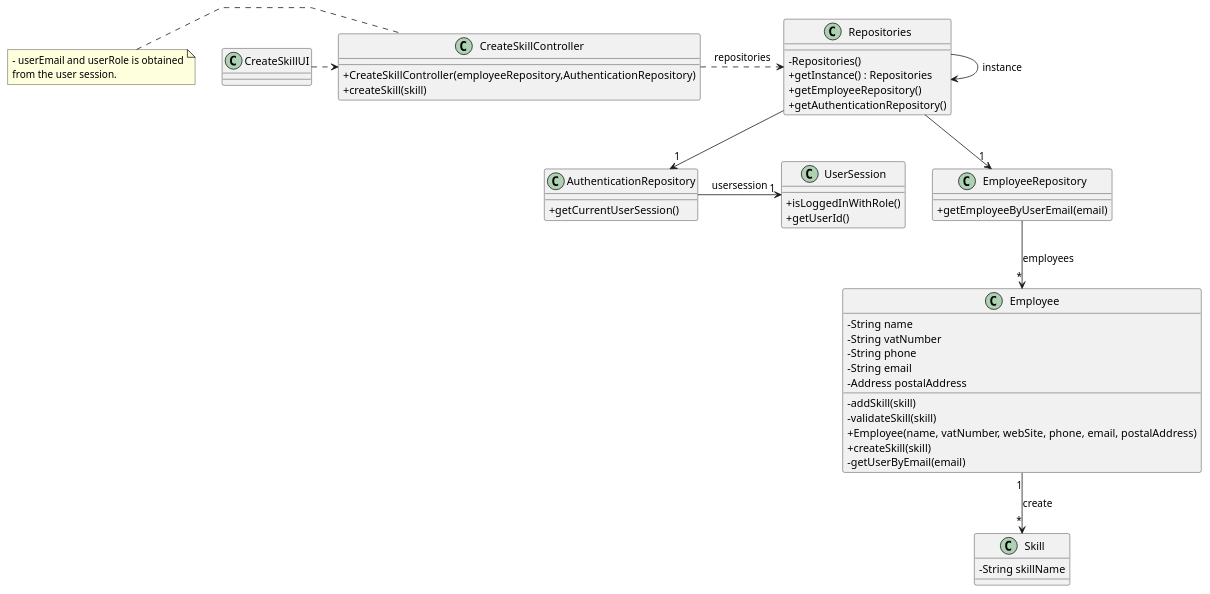
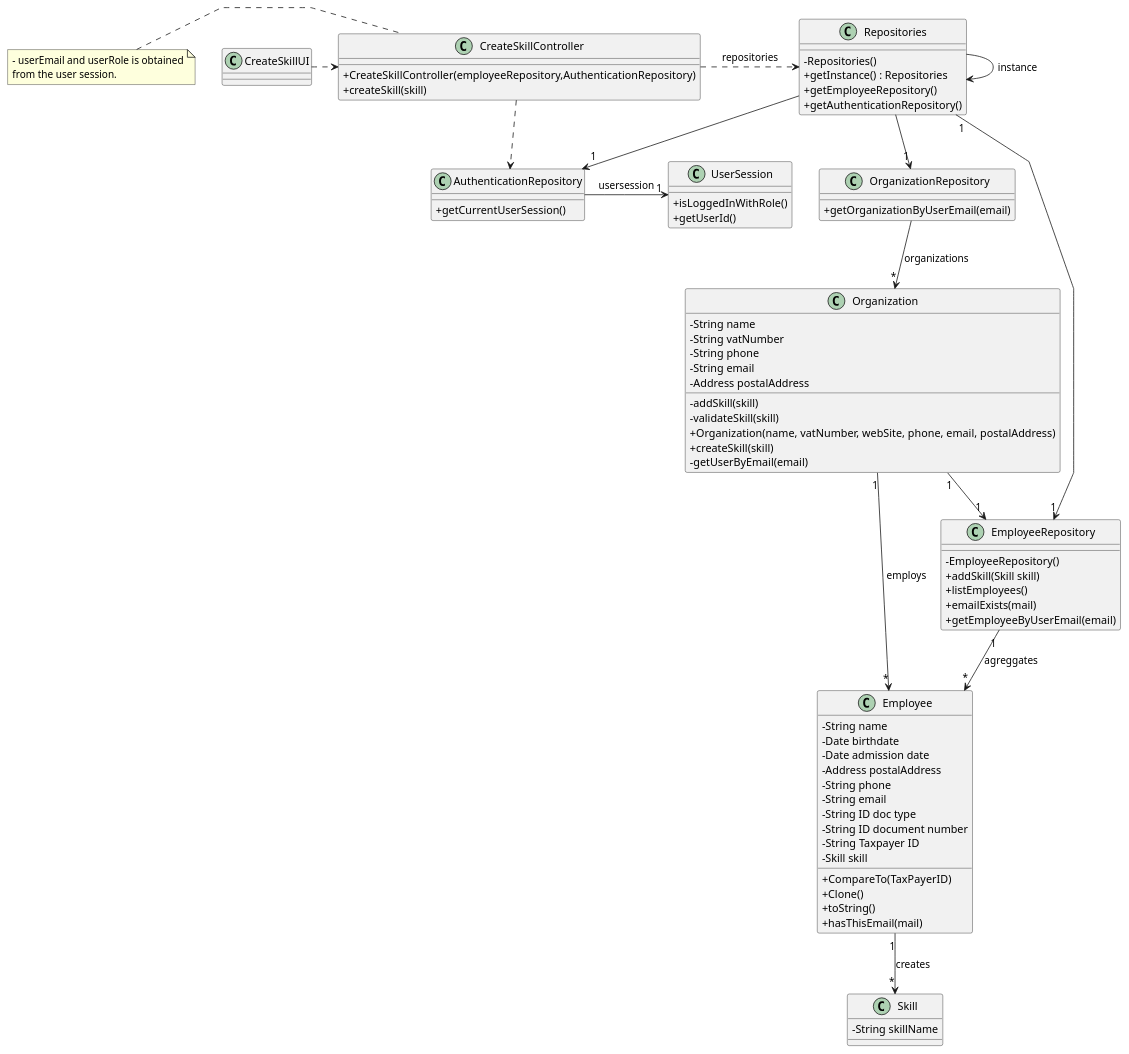
One commit to Mendoncaa/LAPR2 changed the diagram in docs/sprintC/us001/03.design/puml/us001-class-diagram.puml. Above: the diagram before and after it, drawn with PlantUML. The commit also changed 3 other files, not shown here.

Commit message:
Update classe diagram and system sequence diagram (US01); Update class diagram US04

```diff
--- a/docs/sprintC/us001/03.design/puml/us001-class-diagram.puml
+++ b/docs/sprintC/us001/03.design/puml/us001-class-diagram.puml
@@ -1,81 +1,109 @@
 @startuml
 'skinparam monochrome true
 skinparam packageStyle rectangle
 skinparam shadowing false
 skinparam linetype polyline
 'skinparam linetype orto
 
 skinparam classAttributeIconSize 0
 
 'left to right direction
 
 class CreateSkillUI {
 }
 
 class CreateSkillController {
     + CreateSkillController(employeeRepository,AuthenticationRepository)
     + createSkill(skill)
 
 }
 
 class Repositories {
     - Repositories()
     + getInstance() : Repositories
     + getEmployeeRepository()
     + getAuthenticationRepository()
 }
 
 class AuthenticationRepository {
     + getCurrentUserSession()
 }
 
 class UserSession {
     + isLoggedInWithRole()
     + getUserId()
 }
 
+class OrganizationRepository {
+    + getOrganizationByUserEmail(email)
+}
 
-class Employee {
+class Organization {
     - String name
     - String vatNumber
     - String phone
     - String email
     - Address postalAddress
     - addSkill(skill)
     - validateSkill(skill)
-    + Employee(name, vatNumber, webSite, phone, email, postalAddress)
+    + Organization(name, vatNumber, webSite, phone, email, postalAddress)
     + createSkill(skill)
     - getUserByEmail(email)
 
 }
 
+class EmployeeRepository {
+    - EmployeeRepository()
+    + addSkill(Skill skill)
+    + listEmployees()
+    + emailExists(mail)
+    + getEmployeeByUserEmail(email)
+}
 
-class EmployeeRepository {
-    + getEmployeeByUserEmail(email)
+class Employee {
+    - String name
+    - Date birthdate
+    - Date admission date
+    - Address postalAddress
+    - String phone
+    - String email
+    - String ID doc type
+    - String ID document number
+    - String Taxpayer ID
+    - Skill skill
+    + CompareTo(TaxPayerID)
+    + Clone()
+    + toString()
+    + hasThisEmail(mail)
 }
 
 
 class Skill {
     - String skillName
 }
 
 note left of CreateSkillController
     - userEmail and userRole is obtained
     from the user session.
 end note
 
 
 
 
 Repositories -> Repositories : instance
 CreateSkillUI .> CreateSkillController
 CreateSkillController .> Repositories : repositories
-Repositories --> "1" EmployeeRepository
-EmployeeRepository --> "*" Employee : employees
+Repositories --> "1" OrganizationRepository
+OrganizationRepository --> "*" Organization : organizations
 AuthenticationRepository -> "1" UserSession : usersession
 Repositories --> "1" AuthenticationRepository
-Employee "1" --> "*" Skill : create
+Employee "1" --> "*" Skill : creates
+Repositories "1" --> "1" EmployeeRepository
+Organization "1" --> "*" Employee : employs
+EmployeeRepository "1" --> "*" Employee : agreggates
+CreateSkillController .> AuthenticationRepository
+Organization "1" --> "1" EmployeeRepository
 
 
 
 @enduml
```
